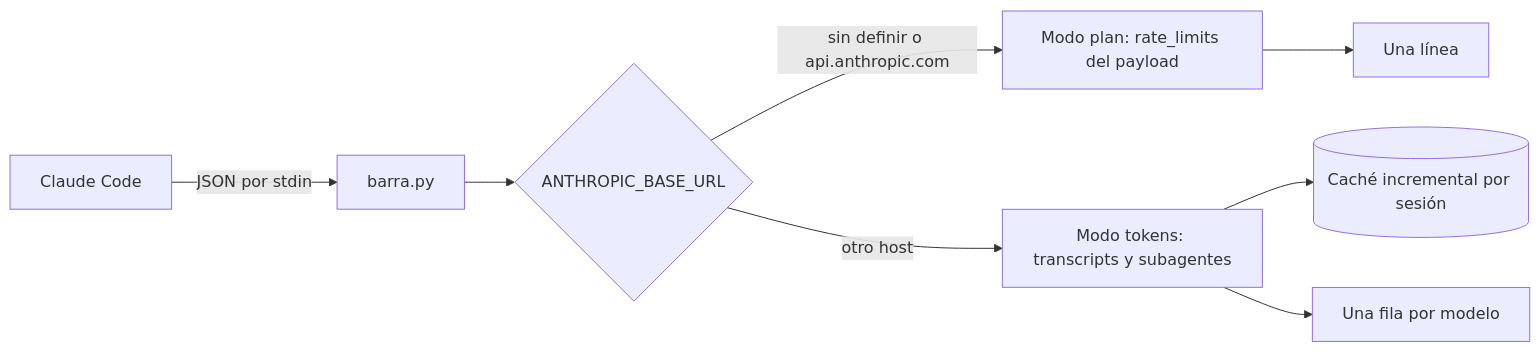
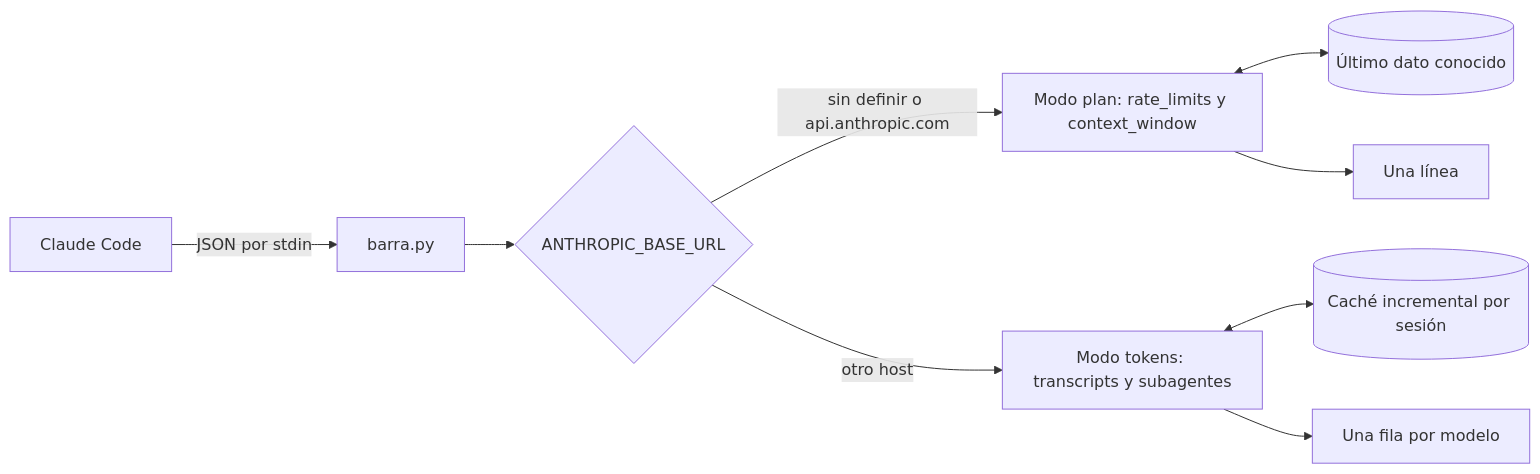
Before and after one commit to CienciaEstelar/barra-de-uso: the diagram in README.md, drawn with Mermaid. The commit also changed other lines of this file and 1 other file, not shown here.

````diff
--- a/README.md
+++ b/README.md
@@ -80,10 +76,11 @@
 ```mermaid
 flowchart LR
     A["Claude Code"] -->|"JSON por stdin"| B["barra.py"]
     B --> C{"ANTHROPIC_BASE_URL"}
-    C -->|"sin definir o api.anthropic.com"| D["Modo plan: rate_limits del payload"]
+    C -->|"sin definir o api.anthropic.com"| D["Modo plan: rate_limits y context_window"]
+    D <--> M[("Último dato conocido")]
     C -->|"otro host"| E["Modo tokens: transcripts y subagentes"]
-    E --> F[("Caché incremental por sesión")]
+    E <--> F[("Caché incremental por sesión")]
     D --> G["Una línea"]
     E --> H["Una fila por modelo"]
 ```
````
